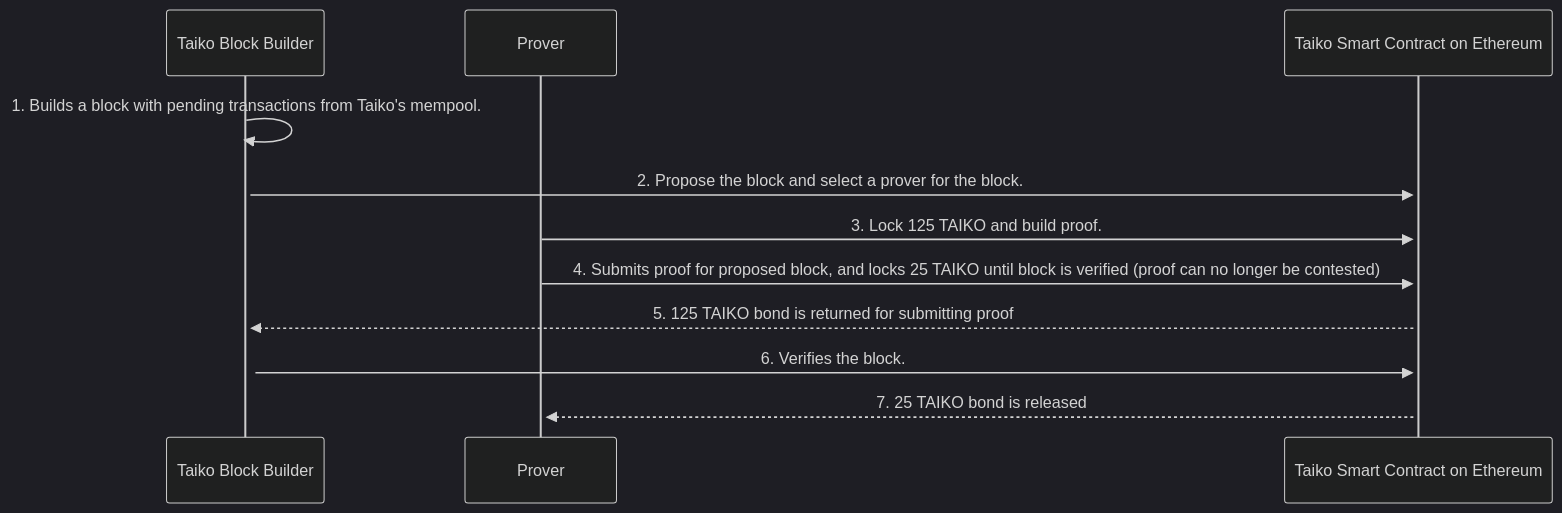
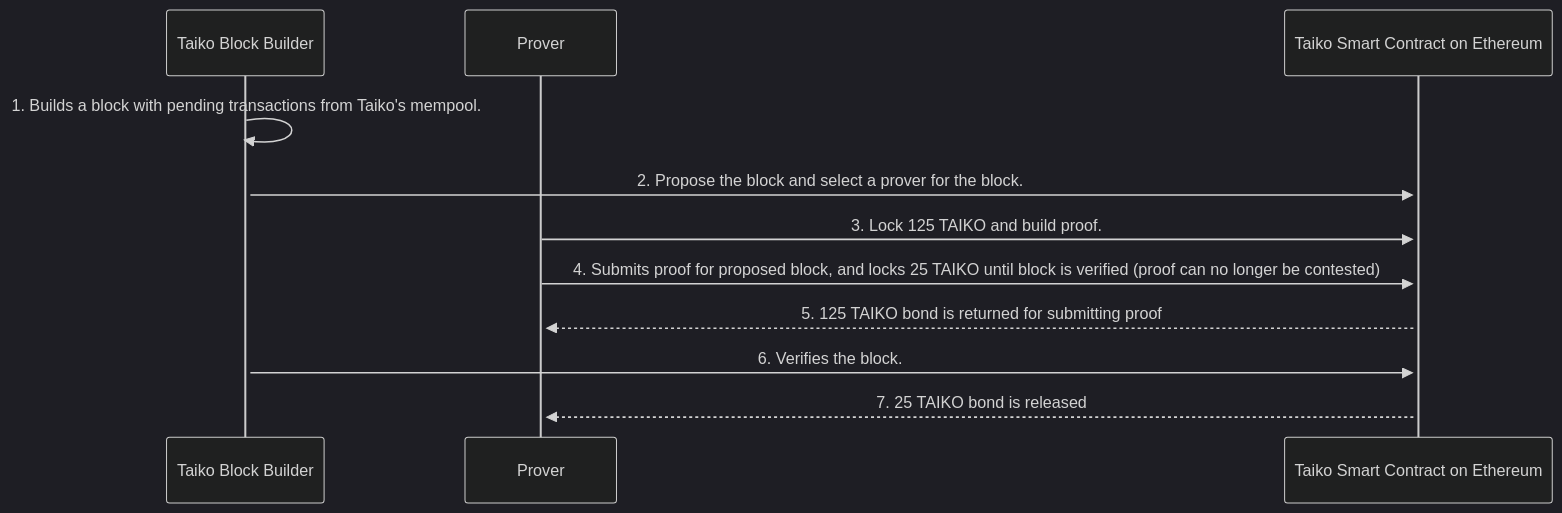
Before and after one commit to fahimahmedx/taiko-block-building: the diagram in high-level.MD, drawn with Mermaid (dark theme).

````diff
--- a/high-level.MD
+++ b/high-level.MD
@@ -1,15 +1,15 @@
 ```mermaid
 sequenceDiagram
 participant Taiko Block Builder
 participant Prover
 participant Taiko Smart Contract on Ethereum
 
 
 Taiko Block Builder->>+Taiko Block Builder: 1. Builds a block with pending transactions from Taiko's mempool.
 Taiko Block Builder->>+Taiko Smart Contract on Ethereum: 2. Propose the block and select a prover for the block.
 Prover->>+Taiko Smart Contract on Ethereum: 3. Lock 125 TAIKO and build proof.
 Prover->>+Taiko Smart Contract on Ethereum: 4. Submits proof for proposed block, and locks 25 TAIKO until block is verified (proof can no longer be contested)
-Taiko Smart Contract on Ethereum-->>+Taiko Block Builder: 5. 125 TAIKO bond is returned for submitting proof
+Taiko Smart Contract on Ethereum-->>+Prover: 5. 125 TAIKO bond is returned for submitting proof
 Taiko Block Builder->>+Taiko Smart Contract on Ethereum: 6. Verifies the block.
 Taiko Smart Contract on Ethereum-->>+Prover: 7. 25 TAIKO bond is released
 ```
````
